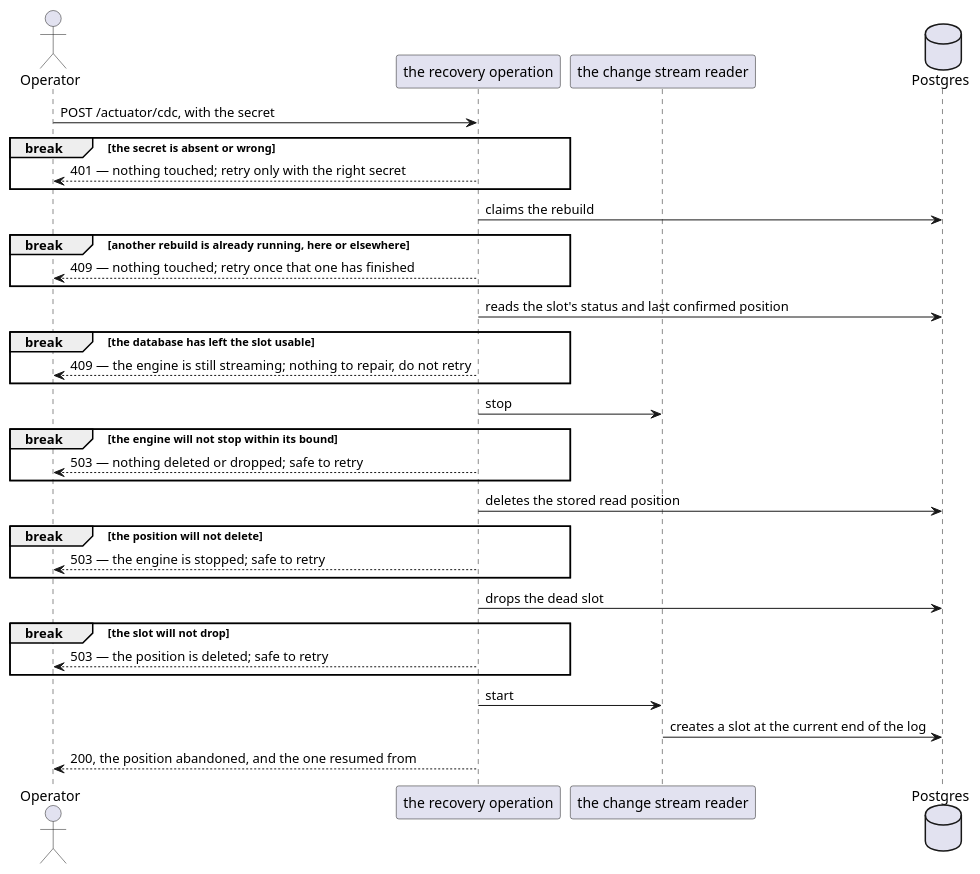
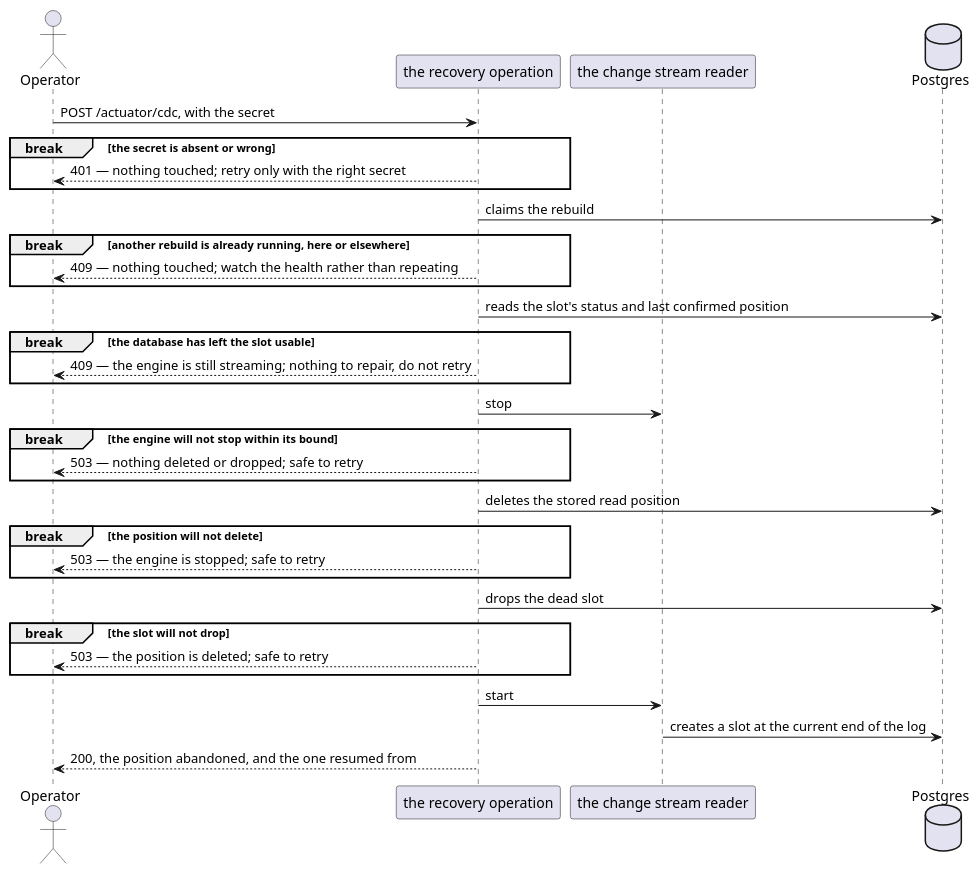
Before and after one commit to ds-usova/finance-bot: the diagram in ledger-service/docs/contracts/in/operations.md, drawn with PlantUML.

Commit message:
Documentation: a rebuild already in flight is watched, not raced

````diff
--- a/ledger-service/docs/contracts/in/operations.md
+++ b/ledger-service/docs/contracts/in/operations.md
@@ -80,48 +80,48 @@
 ```plantuml
 @startuml
 actor Operator
 participant "the recovery operation" as Endpoint
 participant "the change stream reader" as Reader
 database "Postgres" as PG
 
 Operator -> Endpoint : POST /actuator/cdc, with the secret
 
 break the secret is absent or wrong
     Endpoint --> Operator : 401 — nothing touched; retry only with the right secret
 end
 
 Endpoint -> PG : claims the rebuild
 
 break another rebuild is already running, here or elsewhere
-    Endpoint --> Operator : 409 — nothing touched; retry once that one has finished
+    Endpoint --> Operator : 409 — nothing touched; watch the health rather than repeating
 end
 
 Endpoint -> PG : reads the slot's status and last confirmed position
 
 break the database has left the slot usable
     Endpoint --> Operator : 409 — the engine is still streaming; nothing to repair, do not retry
 end
 
 Endpoint -> Reader : stop
 
 break the engine will not stop within its bound
     Endpoint --> Operator : 503 — nothing deleted or dropped; safe to retry
 end
 
 Endpoint -> PG : deletes the stored read position
 
 break the position will not delete
     Endpoint --> Operator : 503 — the engine is stopped; safe to retry
 end
 
 Endpoint -> PG : drops the dead slot
 
 break the slot will not drop
     Endpoint --> Operator : 503 — the position is deleted; safe to retry
 end
 
 Endpoint -> Reader : start
 Reader -> PG : creates a slot at the current end of the log
 Endpoint --> Operator : 200, the position abandoned, and the one resumed from
 @enduml
 ```
````
